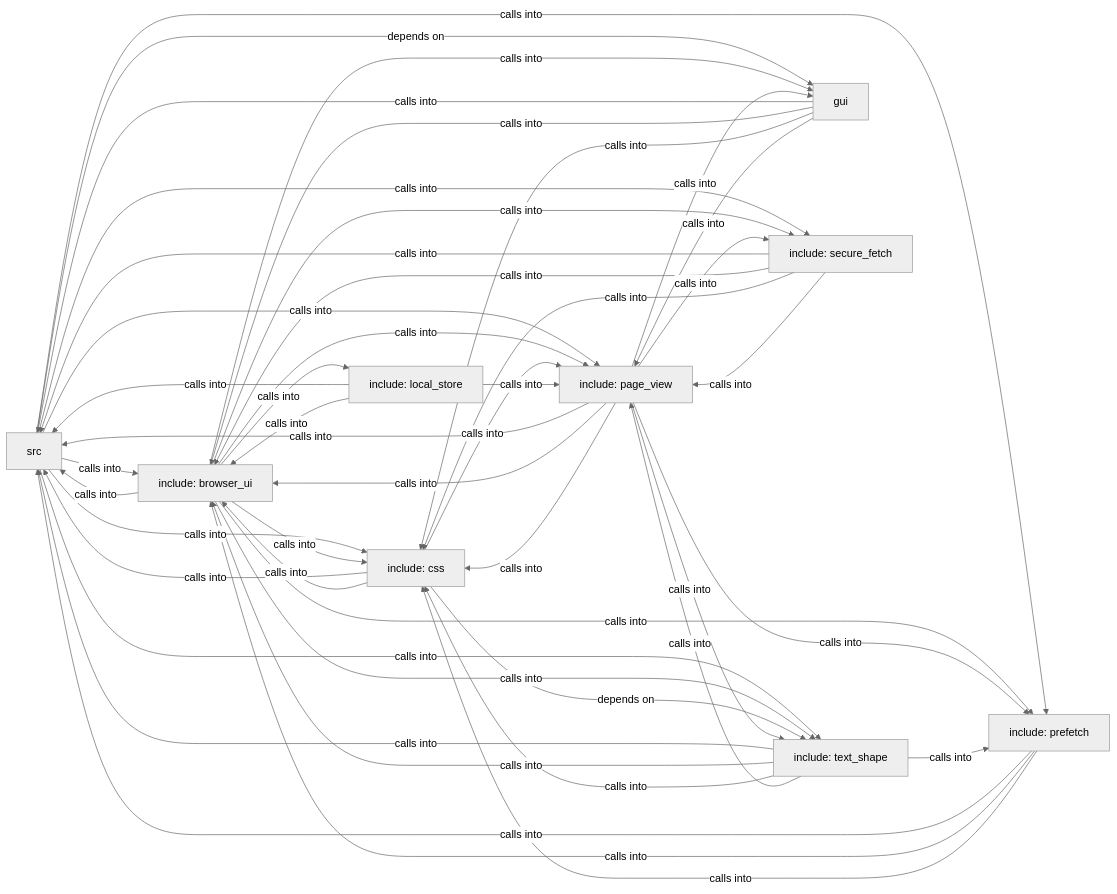
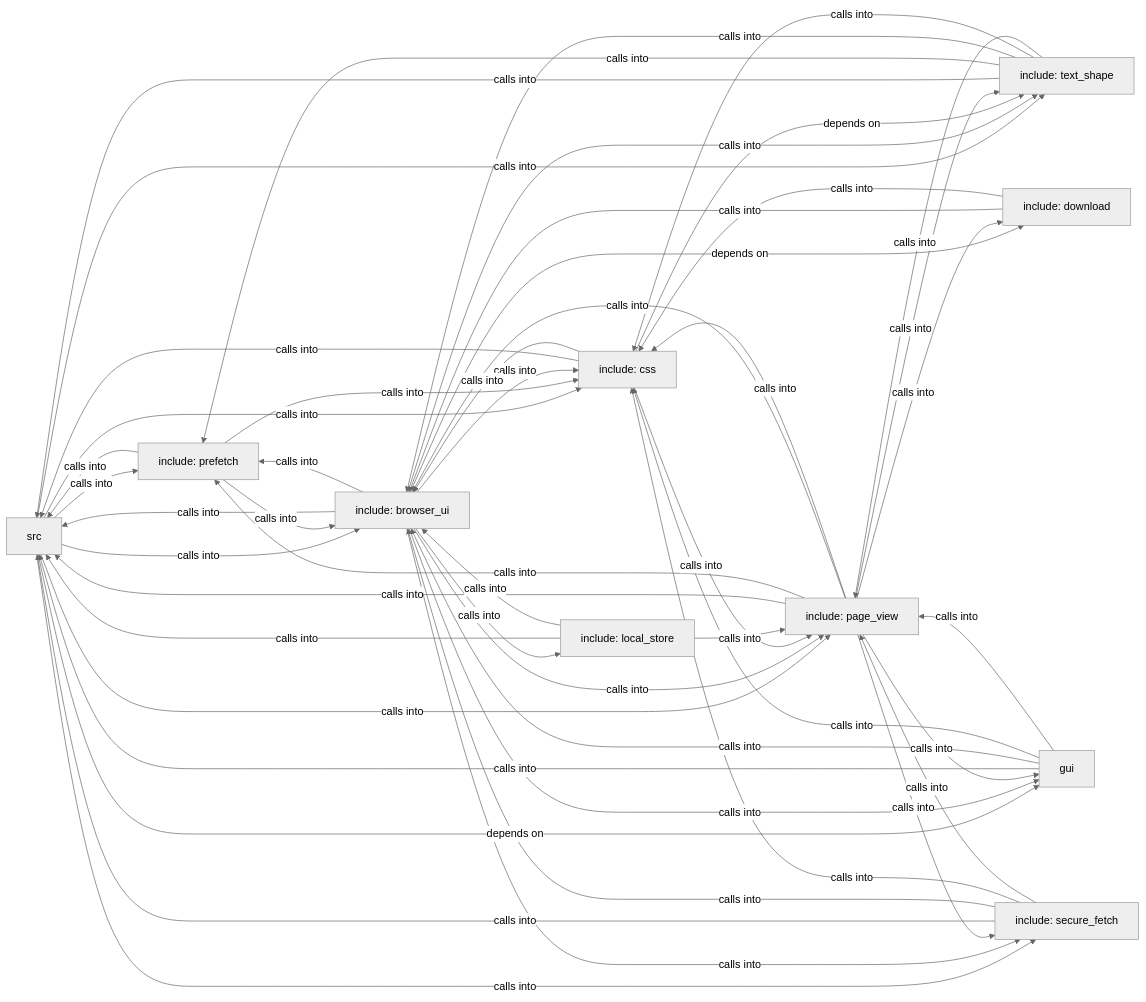
Before and after one commit to grisuno/FreeDom: the diagram in readmenator-diagrams/overview.md, drawn with Mermaid (neutral theme). The commit also changed other lines of this file and 259 other files, not shown here.

````diff
--- a/readmenator-diagrams/overview.md
+++ b/readmenator-diagrams/overview.md
@@ -1,66 +1,72 @@
 ```mermaid
 graph LR
     src["src"]
     include_browser_ui["include: browser_ui"]
     include_css["include: css"]
     include_page_view["include: page_view"]
     include_text_shape["include: text_shape"]
     include_local_store["include: local_store"]
     gui["gui"]
     include_secure_fetch["include: secure_fetch"]
+    include_download["include: download"]
     include_prefetch["include: prefetch"]
+    src -- "calls into" --> include_prefetch
     src -- "calls into" --> include_browser_ui
     src -- "calls into" --> include_css
     src -- "calls into" --> include_page_view
     src -- "calls into" --> include_text_shape
     src -- "depends on" --> gui
     src -- "calls into" --> include_secure_fetch
-    src -- "calls into" --> include_prefetch
+    include_prefetch -- "calls into" --> src
+    include_prefetch -- "calls into" --> include_browser_ui
+    include_prefetch -- "calls into" --> include_css
     include_browser_ui -- "calls into" --> src
+    include_browser_ui -- "calls into" --> include_prefetch
     include_browser_ui -- "calls into" --> include_css
     include_browser_ui -- "calls into" --> include_page_view
     include_browser_ui -- "calls into" --> include_text_shape
     include_browser_ui -- "calls into" --> include_local_store
     include_browser_ui -- "calls into" --> gui
     include_browser_ui -- "calls into" --> include_secure_fetch
-    include_browser_ui -- "calls into" --> include_prefetch
+    include_browser_ui -- "depends on" --> include_download
     include_css -- "calls into" --> src
     include_css -- "calls into" --> include_browser_ui
     include_css -- "calls into" --> include_page_view
     include_css -- "depends on" --> include_text_shape
     include_page_view -- "calls into" --> src
+    include_page_view -- "calls into" --> include_prefetch
     include_page_view -- "calls into" --> include_browser_ui
     include_page_view -- "calls into" --> include_css
     include_page_view -- "calls into" --> include_text_shape
     include_page_view -- "calls into" --> gui
     include_page_view -- "calls into" --> include_secure_fetch
-    include_page_view -- "calls into" --> include_prefetch
+    include_page_view -- "calls into" --> include_download
     include_text_shape -- "calls into" --> src
+    include_text_shape -- "calls into" --> include_prefetch
     include_text_shape -- "calls into" --> include_browser_ui
     include_text_shape -- "calls into" --> include_css
     include_text_shape -- "calls into" --> include_page_view
-    include_text_shape -- "calls into" --> include_prefetch
     include_local_store -- "calls into" --> src
     include_local_store -- "calls into" --> include_browser_ui
     include_local_store -- "calls into" --> include_page_view
     gui -- "calls into" --> src
     gui -- "calls into" --> include_browser_ui
     gui -- "calls into" --> include_css
     gui -- "calls into" --> include_page_view
     include_secure_fetch -- "calls into" --> src
     include_secure_fetch -- "calls into" --> include_browser_ui
     include_secure_fetch -- "calls into" --> include_css
     include_secure_fetch -- "calls into" --> include_page_view
-    include_prefetch -- "calls into" --> src
-    include_prefetch -- "calls into" --> include_browser_ui
-    include_prefetch -- "calls into" --> include_css
+    include_download -- "calls into" --> include_browser_ui
+    include_download -- "calls into" --> include_css
     click src href "./src.md" "Details"
     click include_browser_ui href "./include_browser_ui.md" "Details"
     click include_css href "./include_css.md" "Details"
     click include_page_view href "./include_page_view.md" "Details"
     click include_text_shape href "./include_text_shape.md" "Details"
     click include_local_store href "./include_local_store.md" "Details"
     click gui href "./gui.md" "Details"
     click include_secure_fetch href "./include_secure_fetch.md" "Details"
+    click include_download href "./include_download.md" "Details"
     click include_prefetch href "./include_prefetch.md" "Details"
 ```
````
